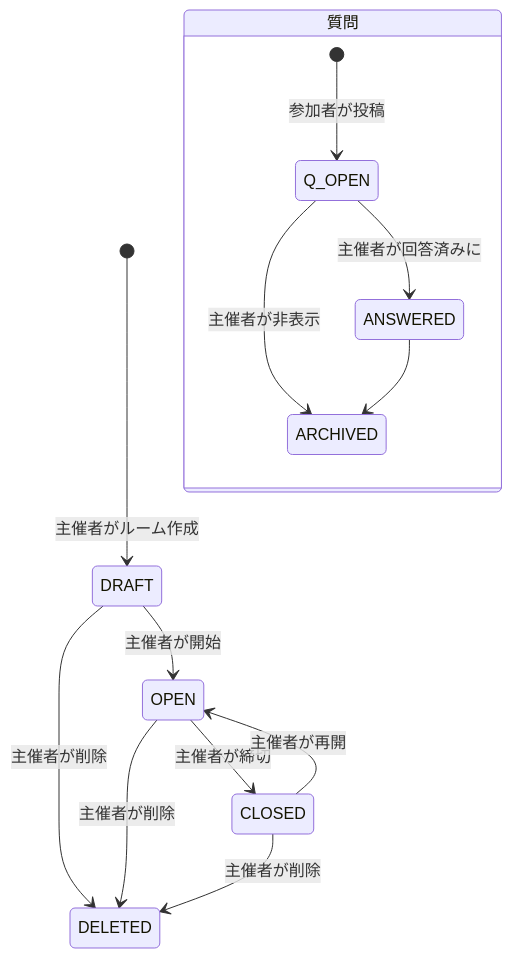
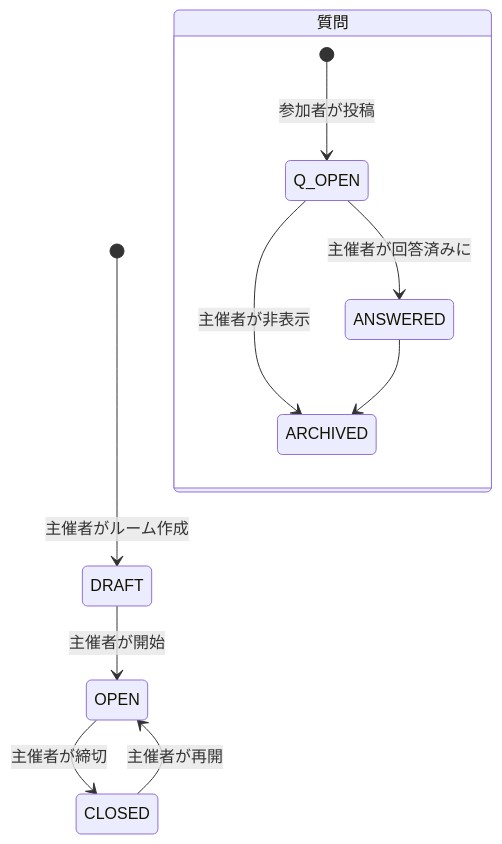
The diagram in docs/design/service-spec.md (muscat2356/LiveQA-app), drawn with Mermaid before and after one commit. The commit also changed other lines of this file and 20 other files, not shown here.

````diff
--- a/docs/design/service-spec.md
+++ b/docs/design/service-spec.md
@@ -38,17 +38,14 @@
 ```mermaid
 stateDiagram-v2
     [*] --> DRAFT: 主催者がルーム作成
     DRAFT --> OPEN: 主催者が開始
     OPEN --> CLOSED: 主催者が締切
     CLOSED --> OPEN: 主催者が再開
-    DRAFT --> DELETED: 主催者が削除
-    OPEN --> DELETED: 主催者が削除
-    CLOSED --> DELETED: 主催者が削除
 
     state 質問 {
         [*] --> Q_OPEN: 参加者が投稿
         Q_OPEN --> ANSWERED: 主催者が回答済みに
         Q_OPEN --> ARCHIVED: 主催者が非表示
         ANSWERED --> ARCHIVED
     }
 ```
````
